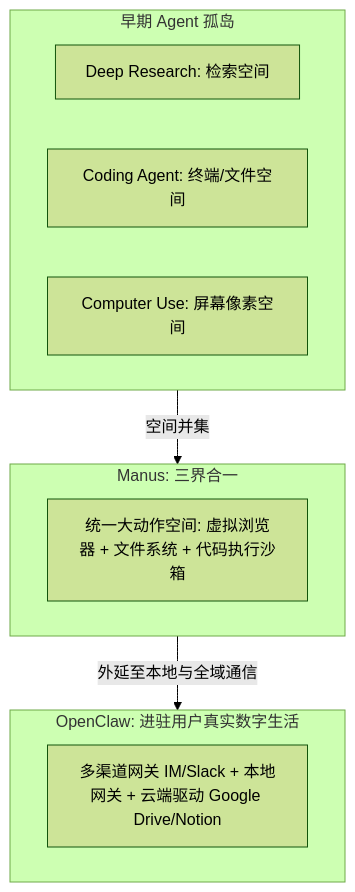
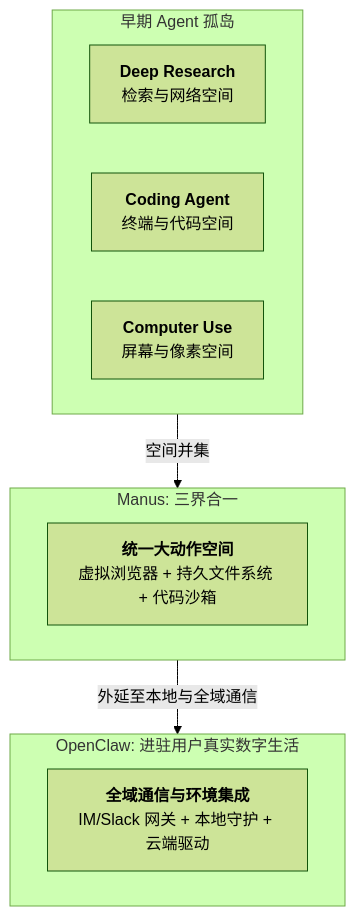
One commit to ljh12138164/ai-agent-study changed the third of 4 diagrams in app/ch01-fundamentals/01-agent-formula/page.mdx. Above: the diagram before and after it, drawn with Mermaid (forest theme). The commit also changed other lines of this file and 14 other files, not shown here.

````diff
--- a/app/ch01-fundamentals/01-agent-formula/page.mdx
+++ b/app/ch01-fundamentals/01-agent-formula/page.mdx
@@ -55,19 +55,19 @@
 ```mermaid
-graph TD
+flowchart TD
     subgraph Early["早期 Agent 孤岛"]
-        A1[Deep Research: 检索空间]
-        A2[Coding Agent: 终端/文件空间]
-        A3[Computer Use: 屏幕像素空间]
+        A1["<b>Deep Research</b><br/>检索与网络空间"]
+        A2["<b>Coding Agent</b><br/>终端与代码空间"]
+        A3["<b>Computer Use</b><br/>屏幕与像素空间"]
     end
 
     subgraph Manus["Manus: 三界合一"]
-        M[统一大动作空间: 虚拟浏览器 + 文件系统 + 代码执行沙箱]
+        M["<b>统一大动作空间</b><br/>虚拟浏览器 + 持久文件系统 + 代码沙箱"]
     end
 
     subgraph OpenClaw["OpenClaw: 进驻用户真实数字生活"]
-        OC[多渠道网关 IM/Slack + 本地网关 + 云端驱动 Google Drive/Notion]
+        OC["<b>全域通信与环境集成</b><br/>IM/Slack 网关 + 本地守护 + 云端驱动"]
     end
 
     Early -->|空间并集| Manus
     Manus -->|外延至本地与全域通信| OpenClaw
 ```
````
